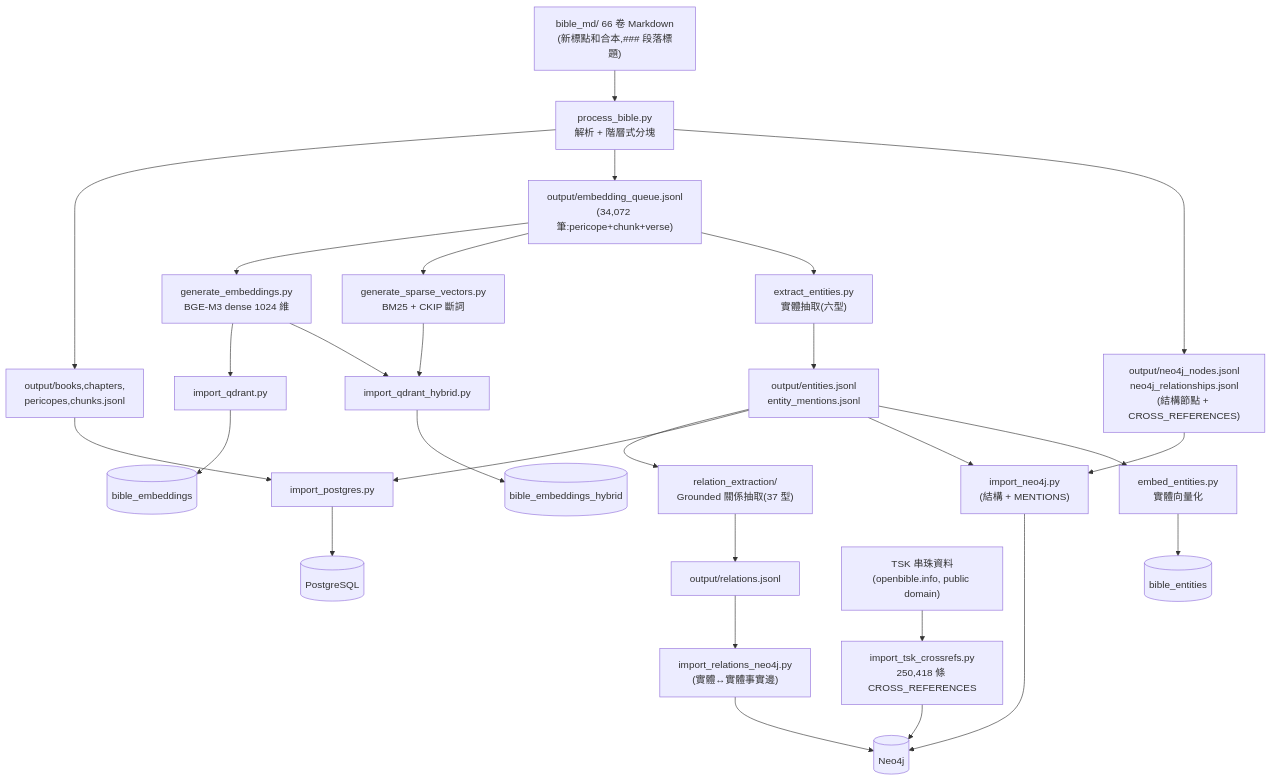
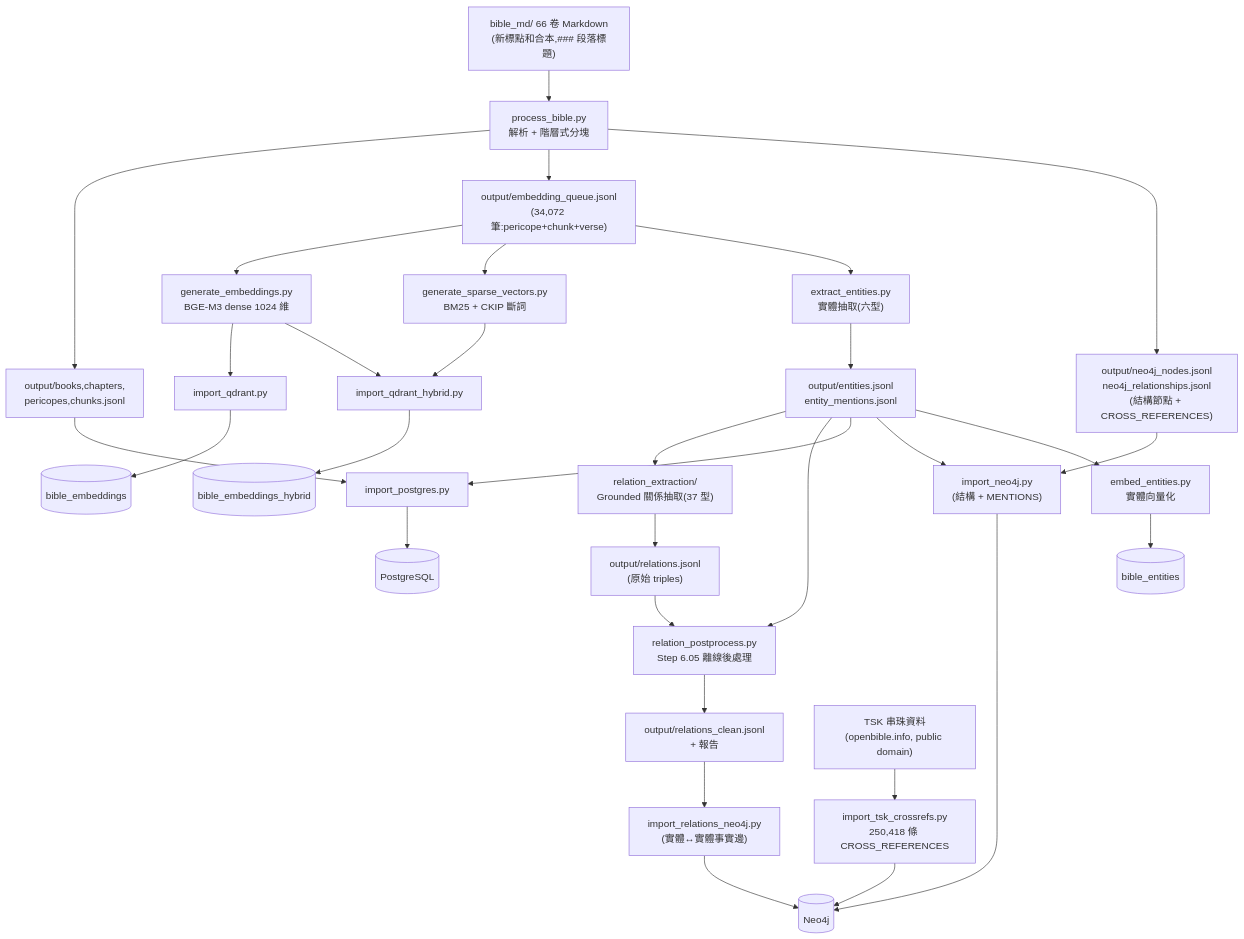
The second of 11 diagrams in docs/ARCHITECTURE.md (KenZx0521/Bible_RAG), drawn with Mermaid before and after one commit. The commit also changed other lines of this file and 7 other files, not shown here.

````diff
--- a/docs/ARCHITECTURE.md
+++ b/docs/ARCHITECTURE.md
@@ -116,28 +116,31 @@
 ```mermaid
 flowchart TB
     MD["bible_md/ 66 卷 Markdown<br/>(新標點和合本,### 段落標題)"]
 
     MD --> P1["process_bible.py<br/>解析 + 階層式分塊"]
     P1 --> J1["output/books,chapters,<br/>pericopes,chunks.jsonl"]
     P1 --> J2["output/embedding_queue.jsonl<br/>(34,072 筆:pericope+chunk+verse)"]
     P1 --> J3["output/neo4j_nodes.jsonl<br/>neo4j_relationships.jsonl<br/>(結構節點 + CROSS_REFERENCES)"]
 
     J2 --> E1["generate_embeddings.py<br/>BGE-M3 dense 1024 維"]
     J2 --> E2["generate_sparse_vectors.py<br/>BM25 + CKIP 斷詞"]
     J2 --> X1["extract_entities.py<br/>實體抽取(六型)"]
 
     X1 --> J4["output/entities.jsonl<br/>entity_mentions.jsonl"]
     J4 --> X2["relation_extraction/<br/>Grounded 關係抽取(37 型)"]
-    X2 --> J5["output/relations.jsonl"]
+    X2 --> J5["output/relations.jsonl<br/>(原始 triples)"]
+    J5 --> PP["relation_postprocess.py<br/>Step 6.05 離線後處理"]
+    J4 --> PP
+    PP --> J6["output/relations_clean.jsonl<br/>+ 報告"]
 
     J1 --> IPG["import_postgres.py"] --> PG[("PostgreSQL")]
     J4 --> IPG
     E1 --> IQ1["import_qdrant.py"] --> QD1[("bible_embeddings")]
     E1 --> IQ2["import_qdrant_hybrid.py"]
     E2 --> IQ2 --> QD2[("bible_embeddings_hybrid")]
     J3 --> IN1["import_neo4j.py<br/>(結構 + MENTIONS)"] --> NEO[("Neo4j")]
     J4 --> IN1
-    J5 --> IN2["import_relations_neo4j.py<br/>(實體↔實體事實邊)"] --> NEO
+    J6 --> IN2["import_relations_neo4j.py<br/>(實體↔實體事實邊)"] --> NEO
     TSK["TSK 串珠資料<br/>(openbible.info, public domain)"] --> IN3["import_tsk_crossrefs.py<br/>250,418 條 CROSS_REFERENCES"] --> NEO
     J4 --> E3["embed_entities.py<br/>實體向量化"] --> QD3[("bible_entities")]
 ```
````
